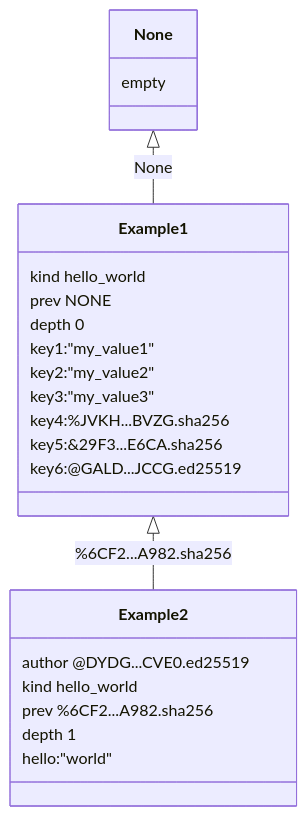
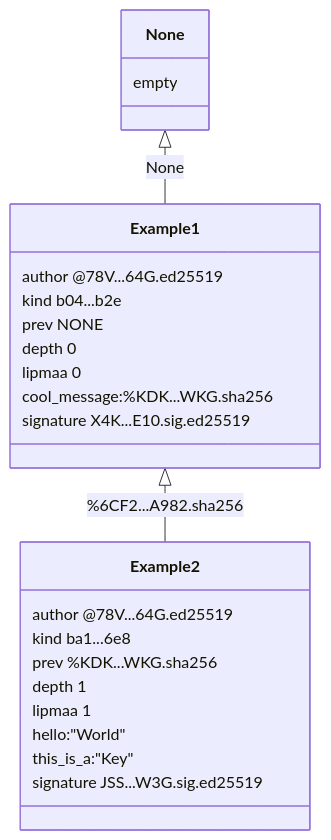
One commit to PigeonProtocolConsortium/pigeon-spec changed the diagram in diagram.md. Above: the diagram before and after it, drawn with Mermaid. The commit also changed 2 other files, not shown here.

Commit message:
Diagram updates

````diff
--- a/diagram.md
+++ b/diagram.md
@@ -2,31 +2,34 @@
 ```mermaid
 classDiagram
 	None <|-- Example1: None
 	Example1 <|-- Example2: %6CF2...A982.sha256
 
   class None{
     empty
   }
 
 	class Example1{
-    kind hello_world
+    author @78V...64G.ed25519
+    kind b04...b2e
     prev NONE
     depth 0
+    lipmaa 0
 
-    key1:"my_value1"
-    key2:"my_value2"
-    key3:"my_value3"
-    key4:%JVKH...BVZG.sha256
-    key5:&29F3...E6CA.sha256
-    key6:@GALD...JCCG.ed25519
+    cool_message:%KDK...WKG.sha256
+
+    signature X4K...E10.sig.ed25519
 	}
 
 	class Example2{
-    author @DYDG...CVE0.ed25519
-    kind hello_world
-    prev %6CF2...A982.sha256
+    author @78V...64G.ed25519
+    kind ba1...6e8
+    prev %KDK...WKG.sha256
     depth 1
+    lipmaa 1
 
-    hello:"world"
+    hello:"World"
+    this_is_a:"Key"
+
+    signature JSS...W3G.sig.ed25519
 	}
 ```
````
